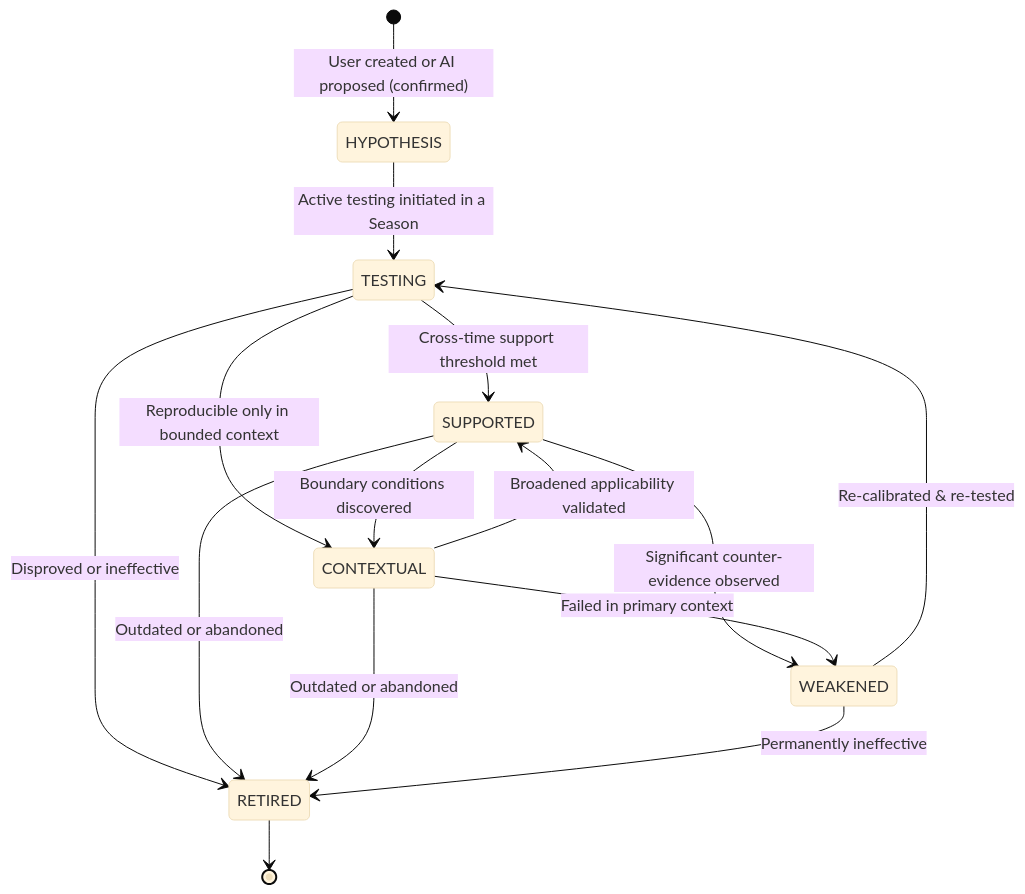
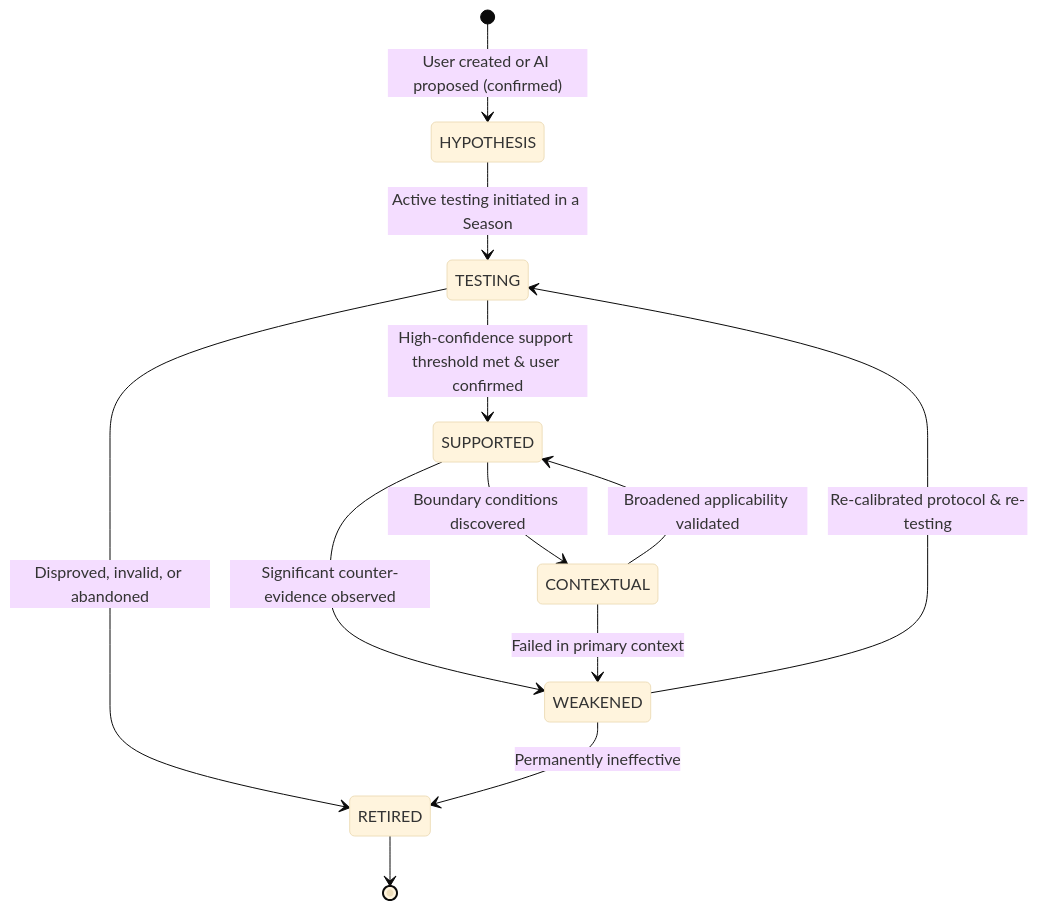
One commit to Daylily-Huang/AI-Personal-Growth-RPG changed the first of 2 diagrams in docs/Phase8/05_STRATEGY_PLAYBOOK_SPEC.md. Above: the diagram before and after it, drawn with Mermaid (base theme). The commit also changed other lines of this file and 9 other files, not shown here.

````diff
--- a/docs/Phase8/05_STRATEGY_PLAYBOOK_SPEC.md
+++ b/docs/Phase8/05_STRATEGY_PLAYBOOK_SPEC.md
@@ -22,22 +22,19 @@
 ```mermaid
 stateDiagram-v2
     [*] --> HYPOTHESIS: User created or AI proposed (confirmed)
     HYPOTHESIS --> TESTING: Active testing initiated in a Season
     
-    TESTING --> SUPPORTED: Cross-time support threshold met
-    TESTING --> CONTEXTUAL: Reproducible only in bounded context
-    TESTING --> RETIRED: Disproved or ineffective
+    TESTING --> SUPPORTED: High-confidence support threshold met & user confirmed
+    TESTING --> RETIRED: Disproved, invalid, or abandoned
+    
+    SUPPORTED --> CONTEXTUAL: Boundary conditions discovered
+    CONTEXTUAL --> SUPPORTED: Broadened applicability validated
     
     SUPPORTED --> WEAKENED: Significant counter-evidence observed
-    SUPPORTED --> CONTEXTUAL: Boundary conditions discovered
-    SUPPORTED --> RETIRED: Outdated or abandoned
+    CONTEXTUAL --> WEAKENED: Failed in primary context
     
-    CONTEXTUAL --> SUPPORTED: Broadened applicability validated
-    CONTEXTUAL --> WEAKENED: Failed in primary context
-    CONTEXTUAL --> RETIRED: Outdated or abandoned
-    
-    WEAKENED --> TESTING: Re-calibrated & re-tested
+    WEAKENED --> TESTING: Re-calibrated protocol & re-testing
     WEAKENED --> RETIRED: Permanently ineffective
     
     RETIRED --> [*]
 ```
````
